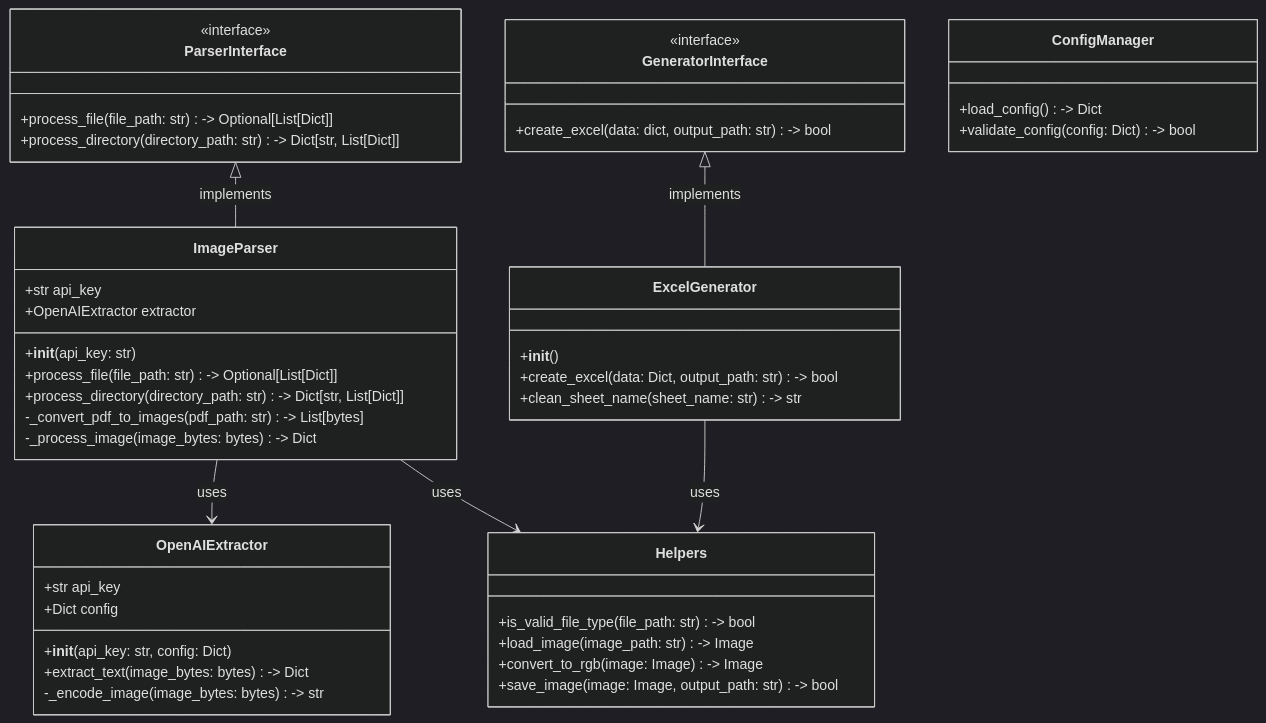
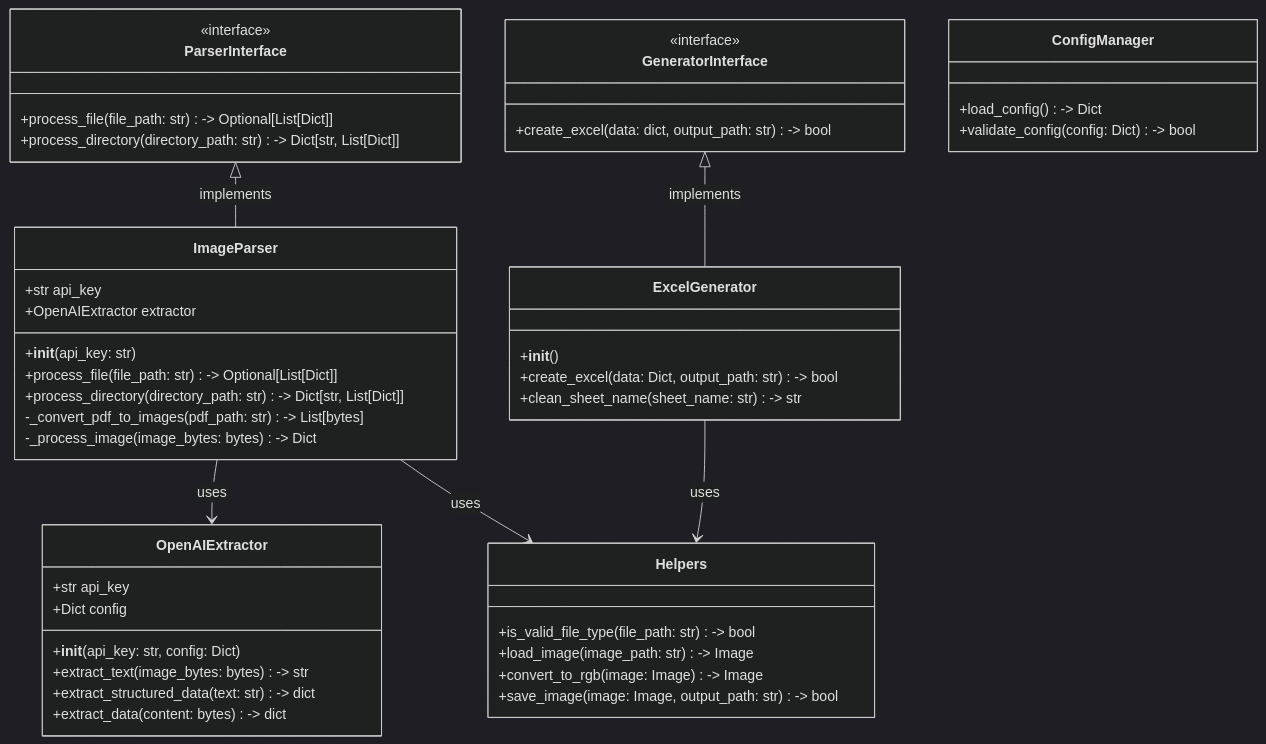
One commit to vallabhallm/image_to_excel changed the first of 2 diagrams in README.md. Above: the diagram before and after it, drawn with Mermaid (dark theme). The commit also changed other lines of this file and 7 other files, not shown here.

First line of the commit message:
Update project with structured data extraction and improved Excel formatting

````diff
--- a/README.md
+++ b/README.md
@@ -57,55 +57,56 @@
 ```mermaid
 classDiagram
     class GeneratorInterface {
         <<interface>>
         +create_excel(data: dict, output_path: str) -> bool
     }
 
     class ParserInterface {
         <<interface>>
         +process_file(file_path: str) -> Optional[List[Dict]]
         +process_directory(directory_path: str) -> Dict[str, List[Dict]]
     }
 
     class ImageParser {
         +str api_key
         +OpenAIExtractor extractor
         +__init__(api_key: str)
         +process_file(file_path: str) -> Optional[List[Dict]]
         +process_directory(directory_path: str) -> Dict[str, List[Dict]]
         -_convert_pdf_to_images(pdf_path: str) -> List[bytes]
         -_process_image(image_bytes: bytes) -> Dict
     }
 
     class OpenAIExtractor {
         +str api_key
         +Dict config
         +__init__(api_key: str, config: Dict)
-        +extract_text(image_bytes: bytes) -> Dict
-        -_encode_image(image_bytes: bytes) -> str
+        +extract_text(image_bytes: bytes) -> str
+        +extract_structured_data(text: str) -> dict
+        +extract_data(content: bytes) -> dict
     }
 
     class ExcelGenerator {
         +__init__()
         +create_excel(data: Dict, output_path: str) -> bool
         +clean_sheet_name(sheet_name: str) -> str
     }
 
     class ConfigManager {
         +load_config() -> Dict
         +validate_config(config: Dict) -> bool
     }
 
     class Helpers {
         +is_valid_file_type(file_path: str) -> bool
         +load_image(image_path: str) -> Image
         +convert_to_rgb(image: Image) -> Image
         +save_image(image: Image, output_path: str) -> bool
     }
 
     GeneratorInterface <|-- ExcelGenerator : implements
     ParserInterface <|-- ImageParser : implements
     ImageParser --> OpenAIExtractor : uses
     ImageParser --> Helpers : uses
     ExcelGenerator --> Helpers : uses
 ```
````
